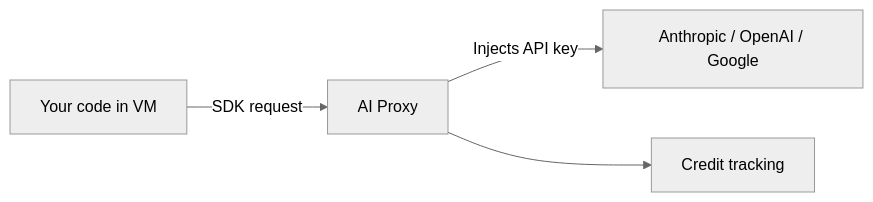
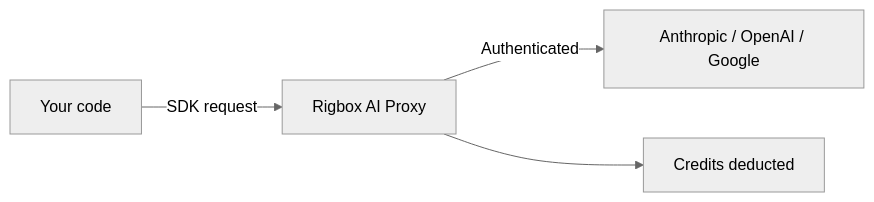
Before and after one commit to rigbox-dev/docs: the second of 2 diagrams in concepts/architecture.mdx, drawn with Mermaid (neutral theme). The commit also changed other lines of this file, not shown here.

First line of the commit message:
fix: strip internal details from architecture page

````diff
--- a/concepts/architecture.mdx
+++ b/concepts/architecture.mdx
@@ -96,6 +41,6 @@
 ```mermaid
 flowchart LR
-    CODE[Your code in VM] -->|SDK request| PROXY[AI Proxy]
-    PROXY -->|Injects API key| PROVIDER[Anthropic / OpenAI / Google]
-    PROXY --> CREDITS[Credit tracking]
+    CODE[Your code] -->|SDK request| PROXY[Rigbox AI Proxy]
+    PROXY -->|Authenticated| PROVIDER[Anthropic / OpenAI / Google]
+    PROXY --> CREDITS[Credits deducted]
 ```
````
